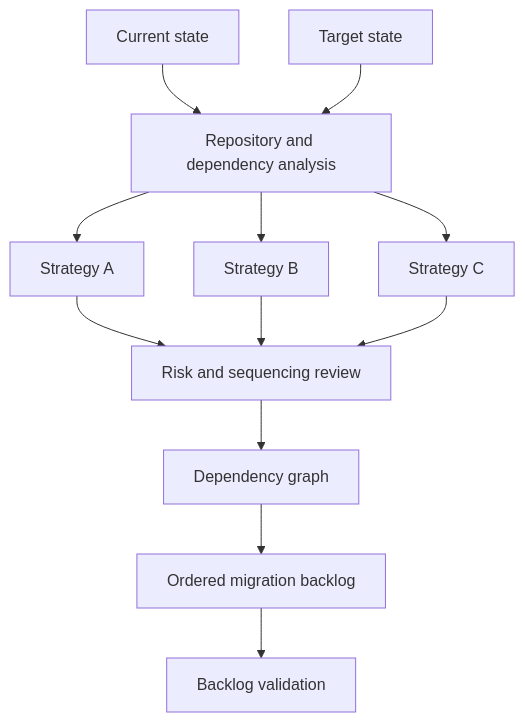
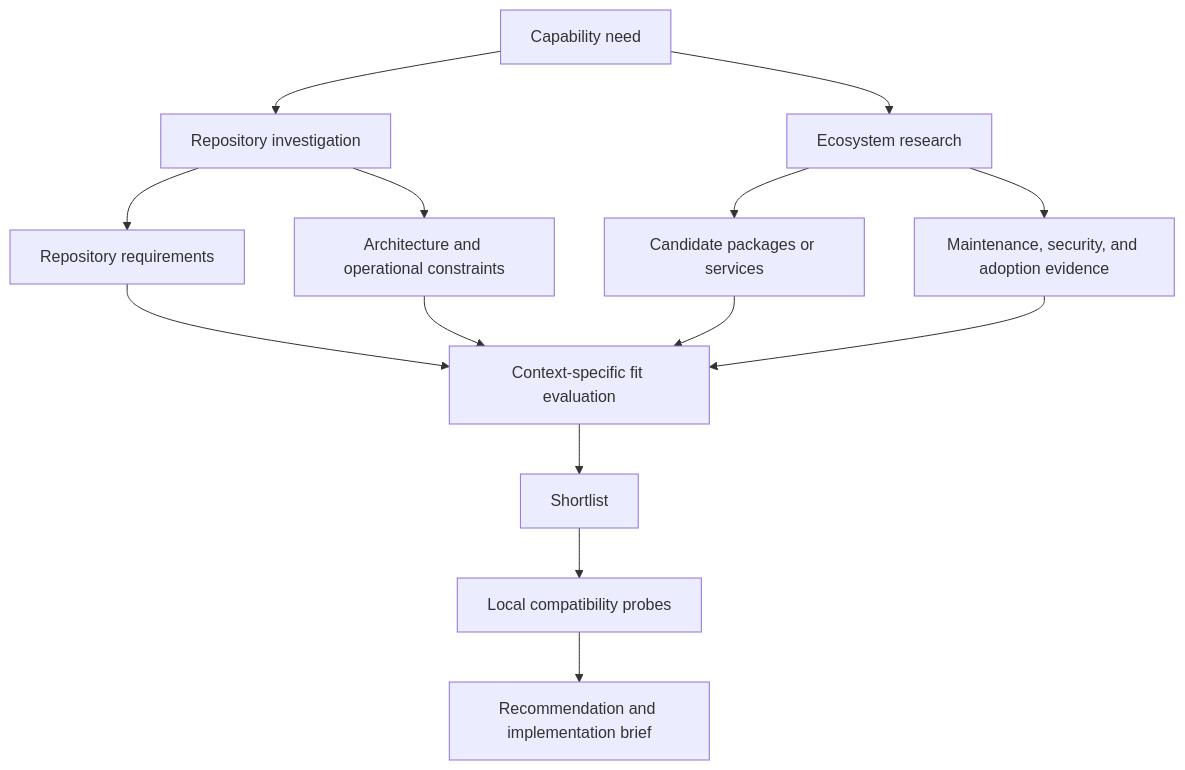
One commit to markovchainmontecarlo/sigil changed the sixth of 8 diagrams in docs/explanation/ephemeral-sigil-patterns.md. Above: the diagram before and after it, drawn with Mermaid. The commit also changed other lines of this file, not shown here.

````diff
--- a/docs/explanation/ephemeral-sigil-patterns.md
+++ b/docs/explanation/ephemeral-sigil-patterns.md
@@ -245,14 +179,17 @@
 ```mermaid
 flowchart TD
-  Current[Current state] --> Analysis[Repository and dependency analysis]
-  Target[Target state] --> Analysis
-  Analysis --> A[Strategy A]
-  Analysis --> B[Strategy B]
-  Analysis --> C[Strategy C]
-  A --> Risk[Risk and sequencing review]
-  B --> Risk
-  C --> Risk
-  Risk --> Graph[Dependency graph]
-  Graph --> Backlog[Ordered migration backlog]
-  Backlog --> Validate[Backlog validation]
+  Goal[Capability need]
+  Goal --> Repo[Repository investigation]
+  Goal --> Ecosystem[Ecosystem research]
+  Repo --> Requirements[Repository requirements]
+  Repo --> Constraints[Architecture and operational constraints]
+  Ecosystem --> Candidates[Candidate packages or services]
+  Ecosystem --> External[Maintenance, security, and adoption evidence]
+  Requirements --> Evaluate[Context-specific fit evaluation]
+  Constraints --> Evaluate
+  Candidates --> Evaluate
+  External --> Evaluate
+  Evaluate --> Shortlist[Shortlist]
+  Shortlist --> Probes[Local compatibility probes]
+  Probes --> Decision[Recommendation and implementation brief]
 ```
````
